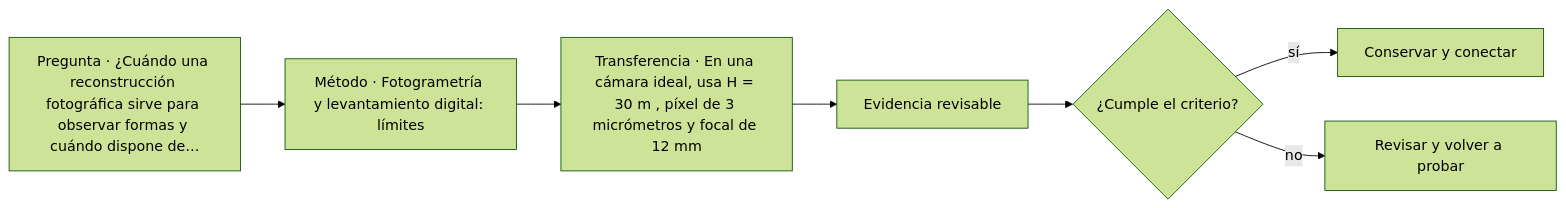
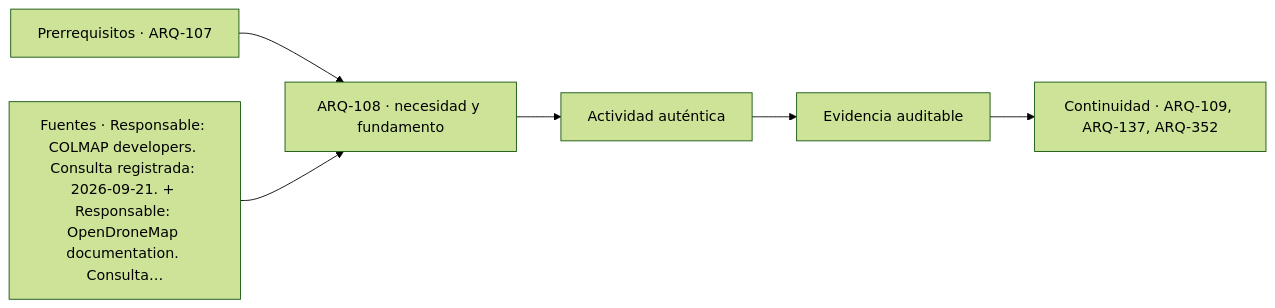
One commit to vladimiracunadev-create/architecture-built-environment-learning-program changed the diagram in classes/parte-11/ARQ-108.md. Above: the diagram before and after it, drawn with Mermaid (forest theme). The commit also changed other lines of this file and 761 other files, not shown here.

````diff
--- a/classes/parte-11/ARQ-108.md
+++ b/classes/parte-11/ARQ-108.md
@@ -159,9 +171,8 @@
 ```mermaid
 flowchart LR
-    Q["Pregunta · ¿Cuándo una reconstrucción fotográfica sirve para observar formas y cuándo dispone de…"] --> M["Método · Fotogrametría y levantamiento digital: límites"]
-    M --> P["Transferencia · En una cámara ideal, usa H = 30 m , píxel de 3 micrómetros y focal de 12 mm"]
-    P --> E["Evidencia revisable"]
-    E --> C{"¿Cumple el criterio?"}
-    C -->|sí| T["Conservar y conectar"]
-    C -->|no| R["Revisar y volver a probar"]
+    A["Prerrequisitos · ARQ-107"] --> B["ARQ-108 · necesidad y fundamento"]
+    S["Fuentes · Responsable: COLMAP developers. Consulta registrada: 2026-09-21. + Responsable: OpenDroneMap documentation. Consulta…"] --> B
+    B --> C["Actividad auténtica"]
+    C --> D["Evidencia auditable"]
+    D --> E["Continuidad · ARQ-109, ARQ-137, ARQ-352"]
 ```
````
